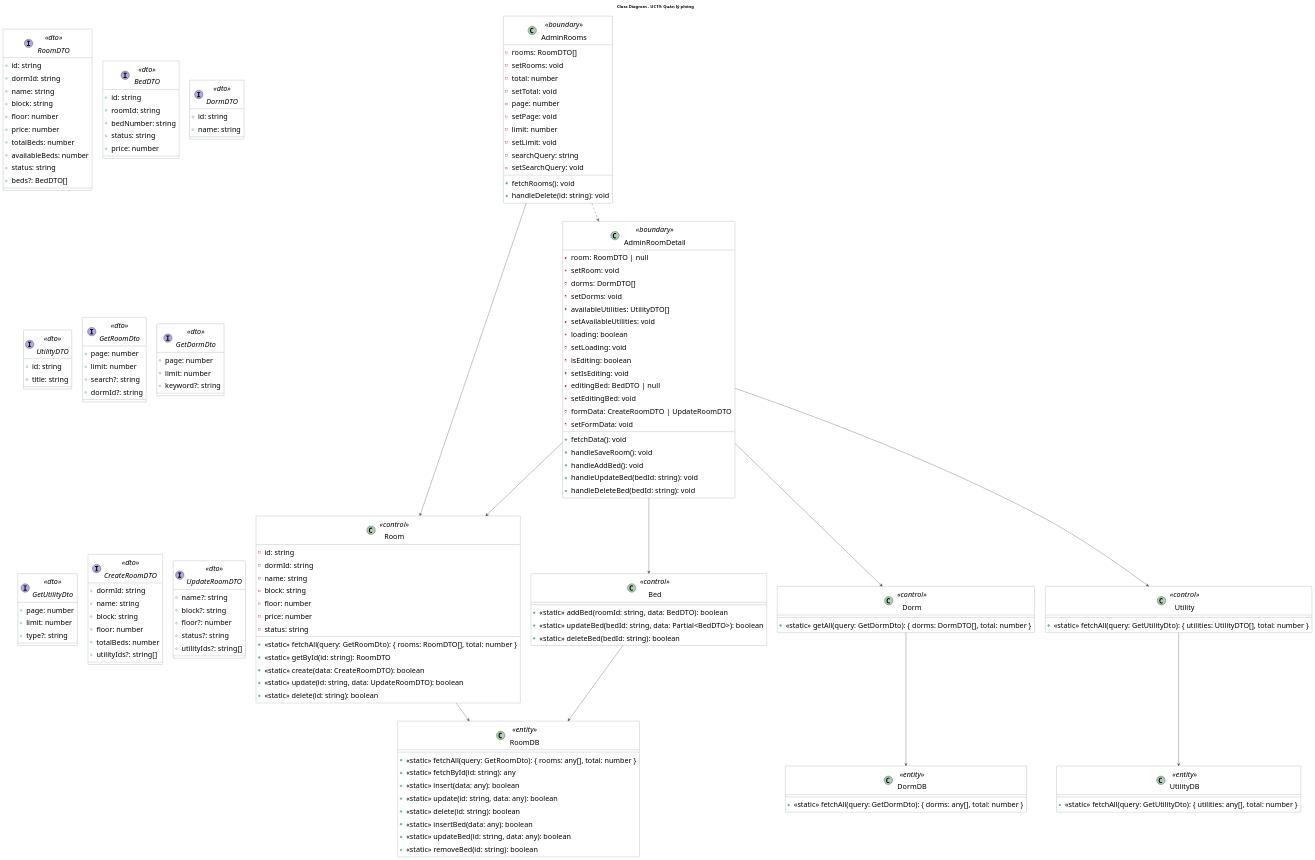
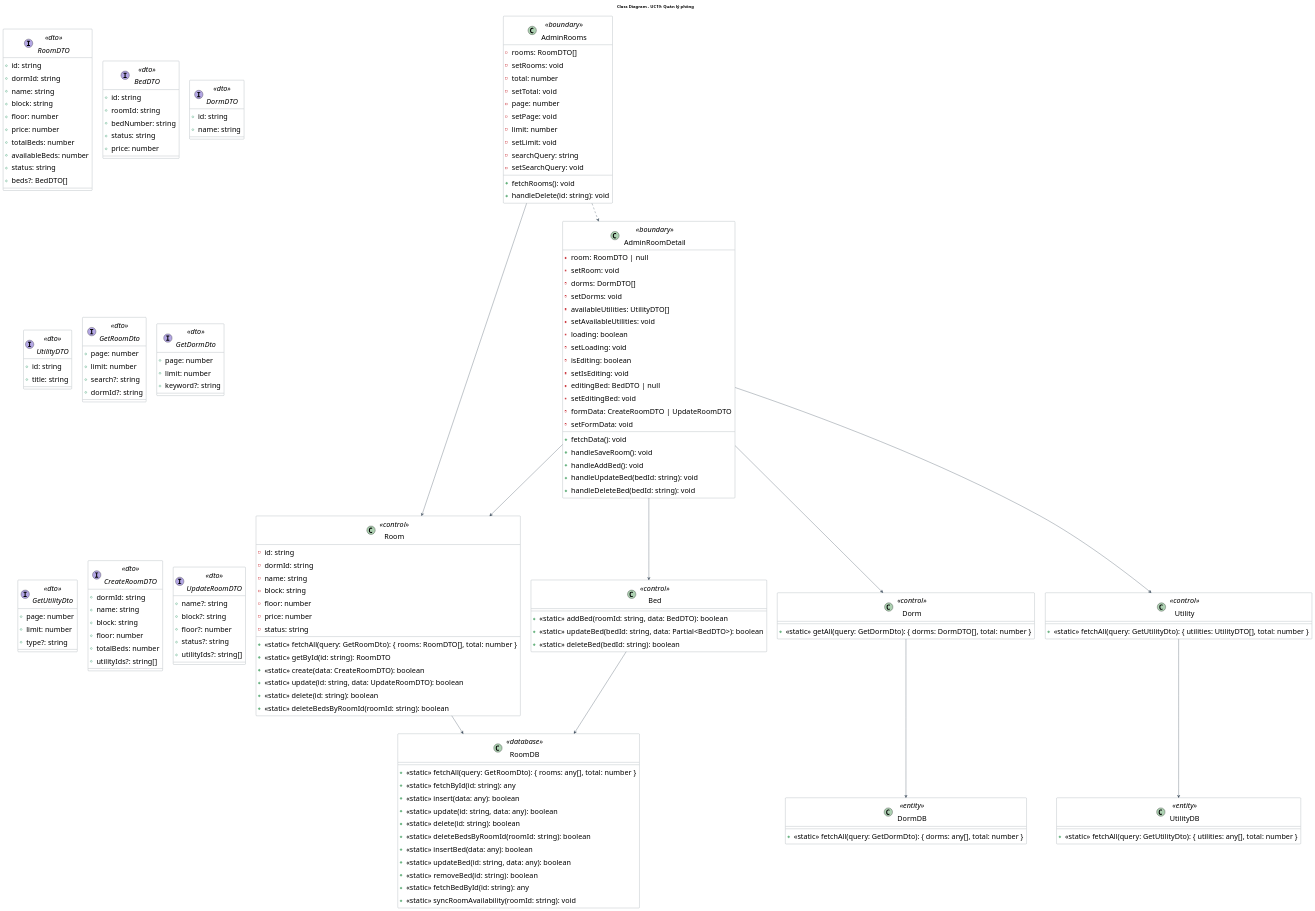
Before and after one commit to Gnourt812005/HCMUS-Analyze-and-desgin-IS: the diagram in doc/system/quan_ly_phong/QuanLyPhong_ClassDiagram.wsd, drawn with PlantUML. The commit also changed 7 other files, not shown here.

Commit message:
truong/code: catch condition in delete dorm/room

```diff
--- a/doc/system/quan_ly_phong/QuanLyPhong_ClassDiagram.wsd
+++ b/doc/system/quan_ly_phong/QuanLyPhong_ClassDiagram.wsd
@@ -1,185 +1,189 @@
 @startuml QuanLyPhong_ClassDiagram
 title Class Diagram - UC19: Quản lý phòng
 
 ' --- STYLE CONFIGURATION ---
 skinparam {
     ClassBackgroundColor White
     ClassBorderColor #2D3E50
     ArrowColor #2D3E50
     DefaultFontName "Arial"
     DefaultFontSize 24
     Padding 5
 }
 
 ' --- BOUNDARY LAYER ---
 class "AdminRooms" <<boundary>> {
     - rooms: RoomDTO[]
     - setRooms: void
     - total: number
     - setTotal: void
     - page: number
     - setPage: void
     - limit: number
     - setLimit: void
     - searchQuery: string
     - setSearchQuery: void
     + fetchRooms(): void
     + handleDelete(id: string): void
 }
 
 class "AdminRoomDetail" <<boundary>> {
     - room: RoomDTO | null
     - setRoom: void
     - dorms: DormDTO[]
     - setDorms: void
     - availableUtilities: UtilityDTO[]
     - setAvailableUtilities: void
     - loading: boolean
     - setLoading: void
     - isEditing: boolean
     - setIsEditing: void
     - editingBed: BedDTO | null
     - setEditingBed: void
     - formData: CreateRoomDTO | UpdateRoomDTO
     - setFormData: void
     + fetchData(): void
     + handleSaveRoom(): void
     + handleAddBed(): void
     + handleUpdateBed(bedId: string): void
     + handleDeleteBed(bedId: string): void
 }
 
 ' --- DTO LAYER ---
 interface "RoomDTO" <<dto>> {
     + id: string
     + dormId: string
     + name: string
     + block: string
     + floor: number
     + price: number
     + totalBeds: number
     + availableBeds: number
     + status: string
     + beds?: BedDTO[]
 }
 
 interface "BedDTO" <<dto>> {
     + id: string
     + roomId: string
     + bedNumber: string
     + status: string
     + price: number
 }
 
 interface "DormDTO" <<dto>> {
     + id: string
     + name: string
 }
 
 interface "UtilityDTO" <<dto>> {
     + id: string
     + title: string
 }
 
 interface "GetRoomDto" <<dto>> {
     + page: number
     + limit: number
     + search?: string
     + dormId?: string
 }
 
 interface "GetDormDto" <<dto>> {
     + page: number
     + limit: number
     + keyword?: string
 }
 
 interface "GetUtilityDto" <<dto>> {
     + page: number
     + limit: number
     + type?: string
 }
 
 
 interface "CreateRoomDTO" <<dto>> {
     + dormId: string
     + name: string
     + block: string
     + floor: number
     + totalBeds: number
     + utilityIds?: string[]
 }
 
 interface "UpdateRoomDTO" <<dto>> {
     + name?: string
     + block?: string
     + floor?: number
     + status?: string
     + utilityIds?: string[]
 }
 
 ' --- BUSINESS LAYER ---
 class "Room" <<control>> {
     - id: string
     - dormId: string
     - name: string
     - block: string
     - floor: number
     - price: number
     - status: string
     + <<static>> fetchAll(query: GetRoomDto): { rooms: RoomDTO[], total: number }
     + <<static>> getById(id: string): RoomDTO
     + <<static>> create(data: CreateRoomDTO): boolean
     + <<static>> update(id: string, data: UpdateRoomDTO): boolean
     + <<static>> delete(id: string): boolean
+    + <<static>> deleteBedsByRoomId(roomId: string): boolean
 }
 
 class "Bed" <<control>> {
     + <<static>> addBed(roomId: string, data: BedDTO): boolean
     + <<static>> updateBed(bedId: string, data: Partial<BedDTO>): boolean
     + <<static>> deleteBed(bedId: string): boolean
 }
 
 
 class "Dorm" <<control>> {
     + <<static>> getAll(query: GetDormDto): { dorms: DormDTO[], total: number }
 }
 
 class "Utility" <<control>> {
     + <<static>> fetchAll(query: GetUtilityDto): { utilities: UtilityDTO[], total: number }
 }
 
 ' --- DATABASE LAYER ---
-class "RoomDB" <<entity>> {
+class "RoomDB" <<database>> {
     + <<static>> fetchAll(query: GetRoomDto): { rooms: any[], total: number }
     + <<static>> fetchById(id: string): any
     + <<static>> insert(data: any): boolean
     + <<static>> update(id: string, data: any): boolean
     + <<static>> delete(id: string): boolean
+    + <<static>> deleteBedsByRoomId(roomId: string): boolean
     + <<static>> insertBed(data: any): boolean
     + <<static>> updateBed(id: string, data: any): boolean
     + <<static>> removeBed(id: string): boolean
+    + <<static>> fetchBedById(id: string): any
+    + <<static>> syncRoomAvailability(roomId: string): void
 }
 
 class "DormDB" <<entity>> {
     + <<static>> fetchAll(query: GetDormDto): { dorms: any[], total: number }
 }
 
 class "UtilityDB" <<entity>> {
     + <<static>> fetchAll(query: GetUtilityDto): { utilities: any[], total: number }
 }
 
 
 ' --- RELATIONSHIPS ---
 AdminRooms --> Room
 AdminRoomDetail --> Room
 AdminRoomDetail --> Bed
 AdminRoomDetail --> Dorm
 AdminRoomDetail --> Utility
 Room --> RoomDB
 Bed --> RoomDB
 Dorm --> DormDB
 Utility --> UtilityDB
 AdminRooms ..> AdminRoomDetail
 
 @enduml
```
